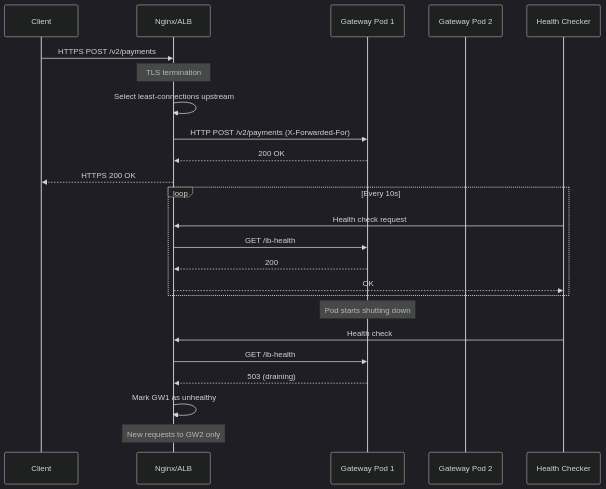
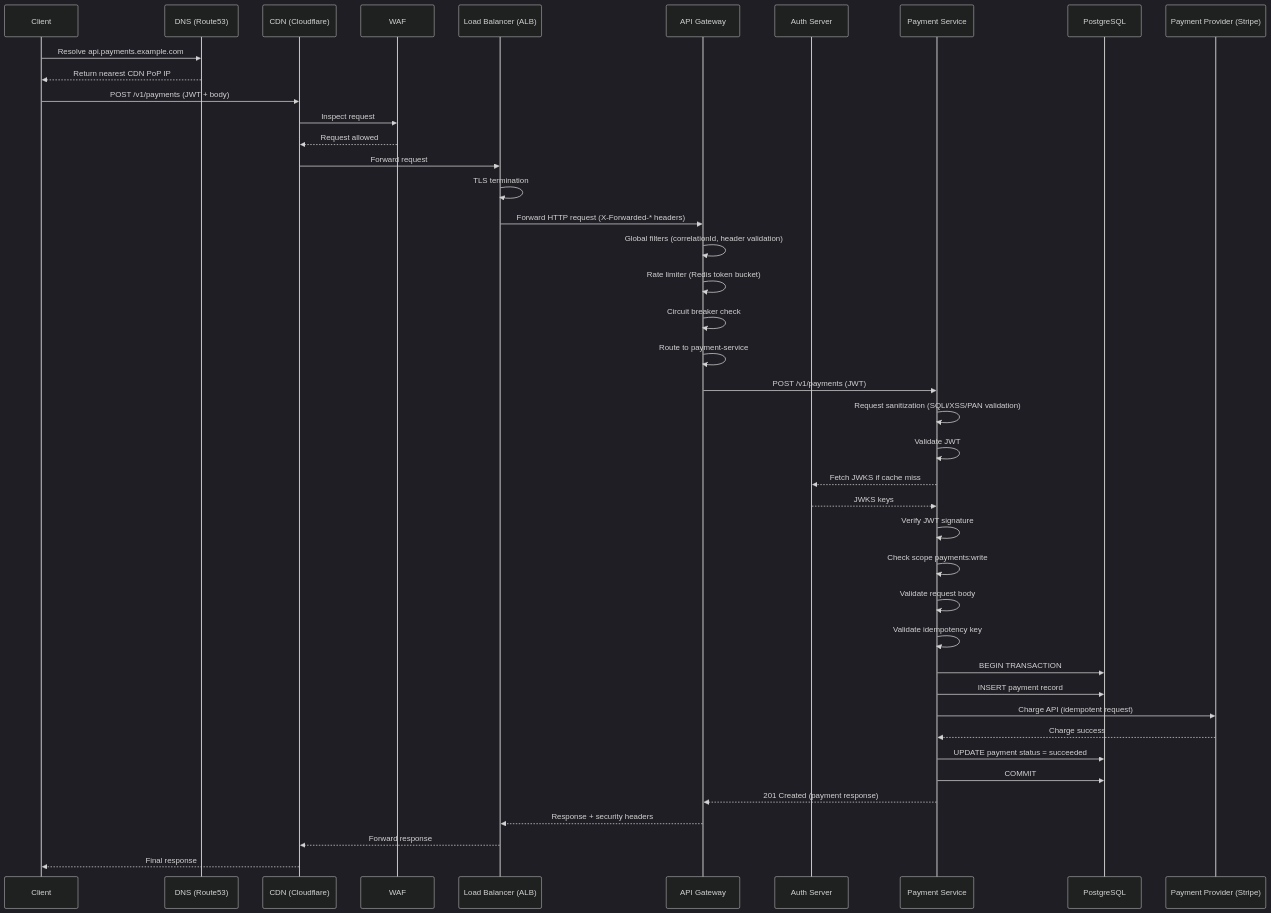
Before and after one commit to abhinandanchivate/Final_LTI_EE: the second of 2 diagrams in microservices/final/day4.md, drawn with Mermaid (dark theme). The commit also changed other lines of this file, not shown here.

````diff
--- a/microservices/final/day4.md
+++ b/microservices/final/day4.md
@@ -600,29 +706,60 @@
 ```mermaid
 sequenceDiagram
     participant Client
-    participant LB as Nginx/ALB
-    participant GW1 as Gateway Pod 1
-    participant GW2 as Gateway Pod 2
-    participant Health as Health Checker
+    participant DNS as DNS (Route53)
+    participant CDN as CDN (Cloudflare)
+    participant WAF as WAF
+    participant LB as Load Balancer (ALB)
+    participant GW as API Gateway
+    participant Auth as Auth Server
+    participant PS as Payment Service
+    participant DB as PostgreSQL
+    participant PSP as Payment Provider (Stripe)
 
-    Client->>LB: HTTPS POST /v2/payments
-    Note over LB: TLS termination
-    LB->>LB: Select least‑connections upstream
-    LB->>GW1: HTTP POST /v2/payments (X-Forwarded-For)
-    GW1-->>LB: 200 OK
-    LB-->>Client: HTTPS 200 OK
+    Client->>DNS: Resolve api.payments.example.com
+    DNS-->>Client: Return nearest CDN PoP IP
 
-    loop Every 10s
-        Health->>LB: Health check request
-        LB->>GW1: GET /lb-health
-        GW1-->>LB: 200
-        LB-->>Health: OK
-    end
+    Client->>CDN: POST /v1/payments (JWT + body)
 
-    Note over GW1: Pod starts shutting down
-    Health->>LB: Health check
-    LB->>GW1: GET /lb-health
-    GW1-->>LB: 503 (draining)
-    LB->>LB: Mark GW1 as unhealthy
-    Note over LB: New requests to GW2 only
+    CDN->>WAF: Inspect request
+    WAF-->>CDN: Request allowed
+
+    CDN->>LB: Forward request
+
+    LB->>LB: TLS termination
+    LB->>GW: Forward HTTP request (X-Forwarded-* headers)
+
+    GW->>GW: Global filters (correlationId, header validation)
+    GW->>GW: Rate limiter (Redis token bucket)
+    GW->>GW: Circuit breaker check
+    GW->>GW: Route to payment-service
+
+    GW->>PS: POST /v1/payments (JWT)
+
+    PS->>PS: Request sanitization (SQLi/XSS/PAN validation)
+
+    PS->>PS: Validate JWT
+    PS-->>Auth: Fetch JWKS if cache miss
+    Auth-->>PS: JWKS keys
+
+    PS->>PS: Verify JWT signature
+    PS->>PS: Check scope payments:write
+
+    PS->>PS: Validate request body
+    PS->>PS: Validate idempotency key
+
+    PS->>DB: BEGIN TRANSACTION
+    PS->>DB: INSERT payment record
+
+    PS->>PSP: Charge API (idempotent request)
+    PSP-->>PS: Charge success
+
+    PS->>DB: UPDATE payment status = succeeded
+    PS->>DB: COMMIT
+
+    PS-->>GW: 201 Created (payment response)
+
+    GW-->>LB: Response + security headers
+    LB-->>CDN: Forward response
+    CDN-->>Client: Final response
 ```
````
